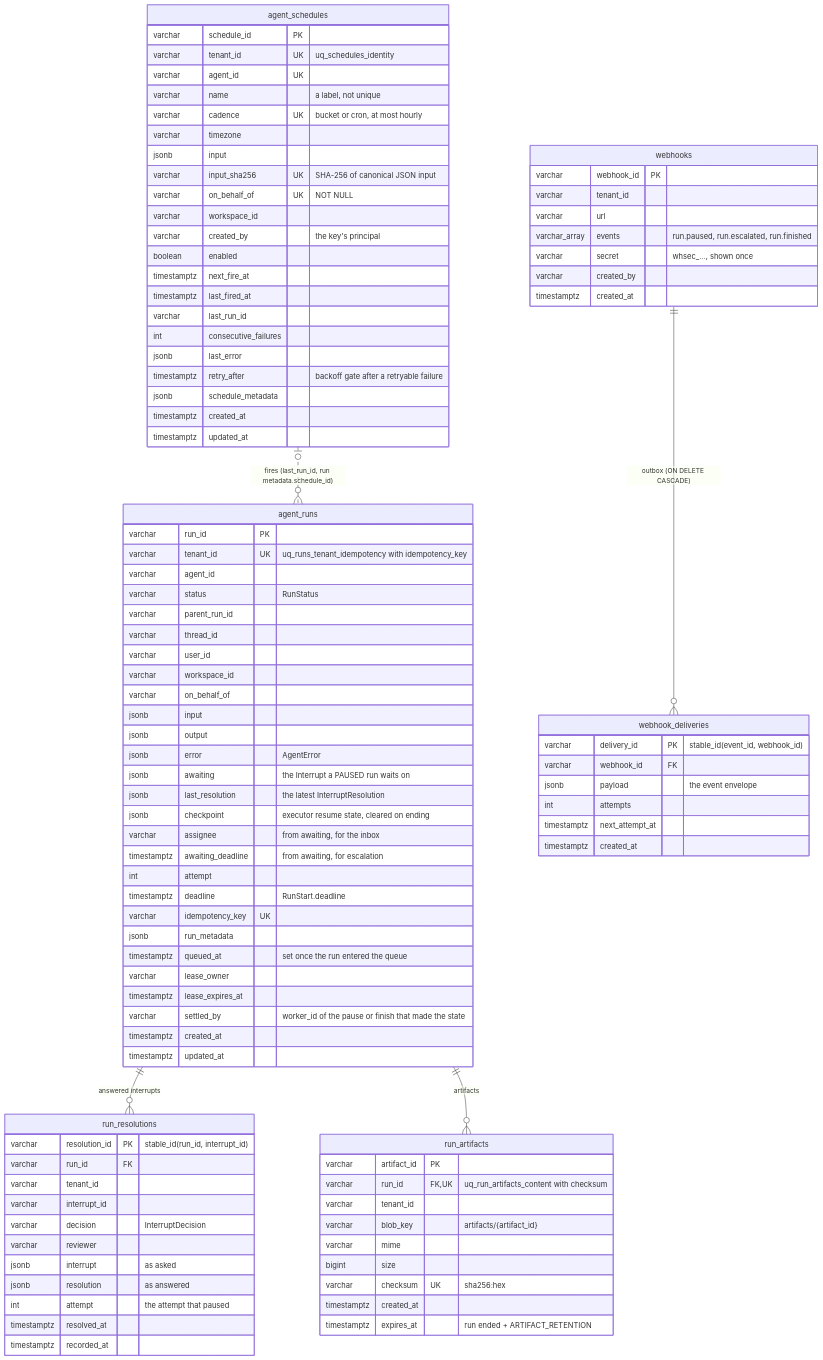
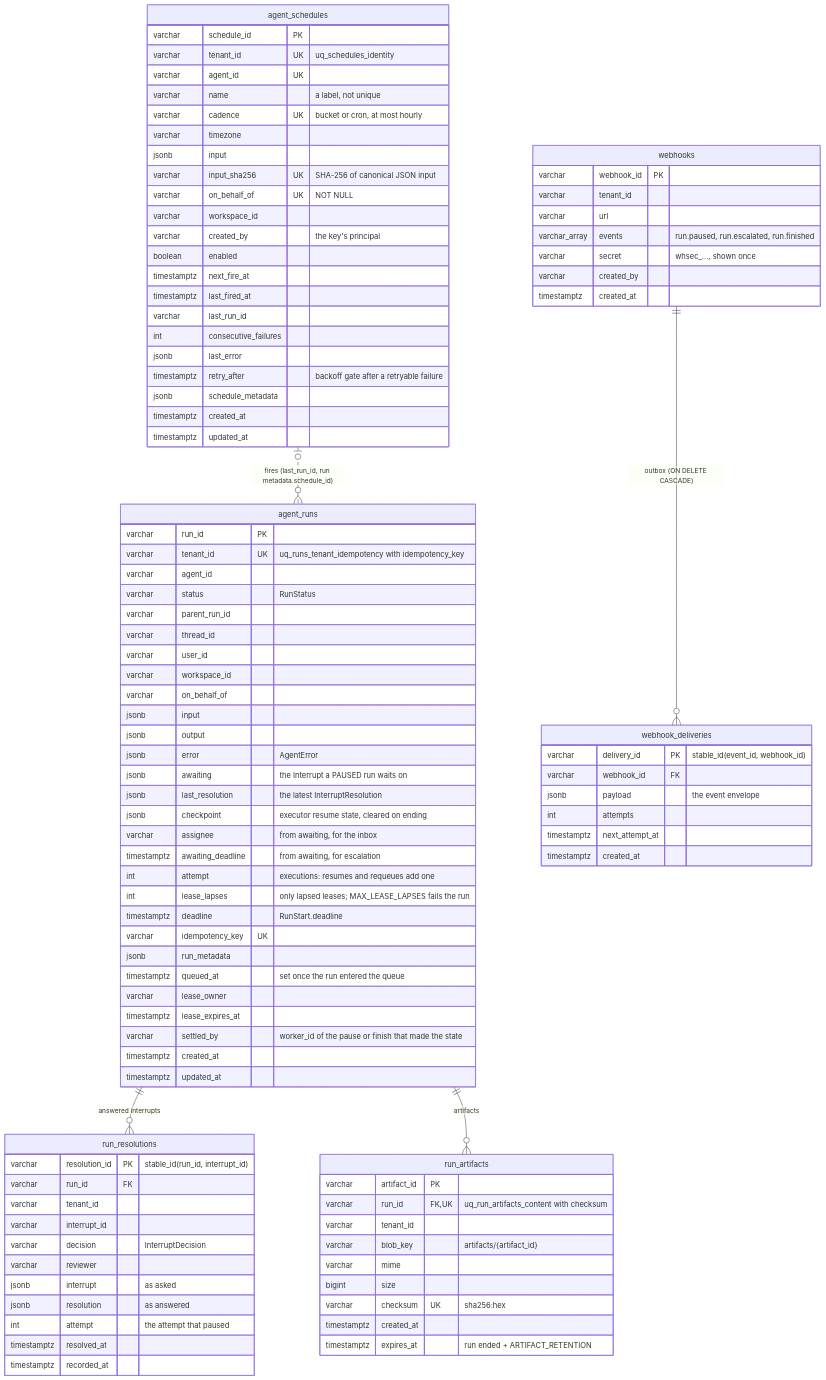
One commit to amitmohapatra/agent-runs changed the fifth of 5 diagrams in docs/ARCHITECTURE.md. Above: the diagram before and after it, drawn with Mermaid. The commit also changed other lines of this file and 8 other files, not shown here.

First line of the commit message:
Lease lapses are counted apart from attempts: review rounds are not crashes

```diff
--- a/docs/ARCHITECTURE.md
+++ b/docs/ARCHITECTURE.md
@@ -298,7 +300,8 @@
     jsonb checkpoint "executor resume state, cleared on ending"
     varchar assignee "from awaiting, for the inbox"
     timestamptz awaiting_deadline "from awaiting, for escalation"
-    int attempt
+    int attempt "executions: resumes and requeues add one"
+    int lease_lapses "only lapsed leases; MAX_LEASE_LAPSES fails the run"
     timestamptz deadline "RunStart.deadline"
     varchar idempotency_key UK
     jsonb run_metadata
```
